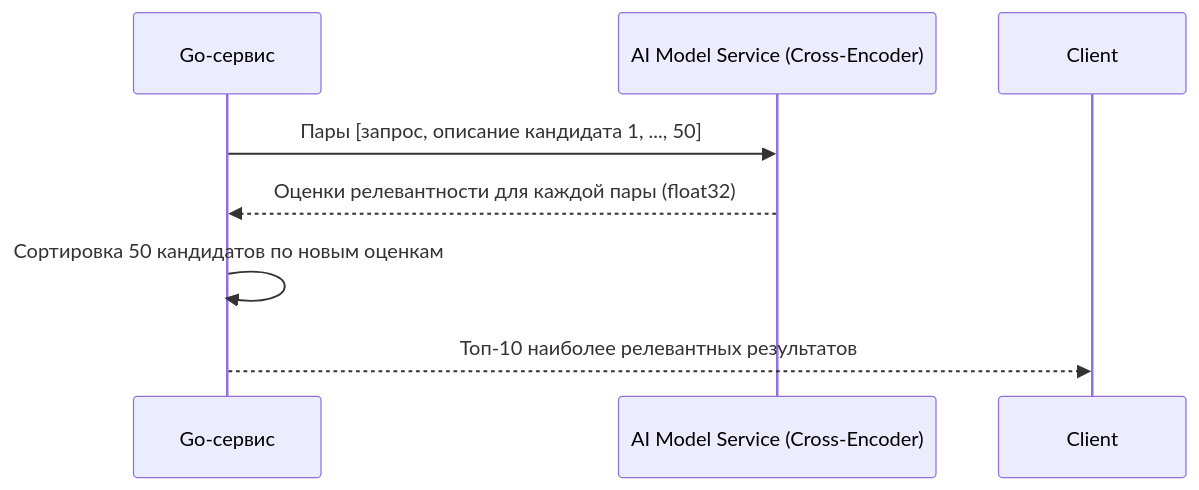
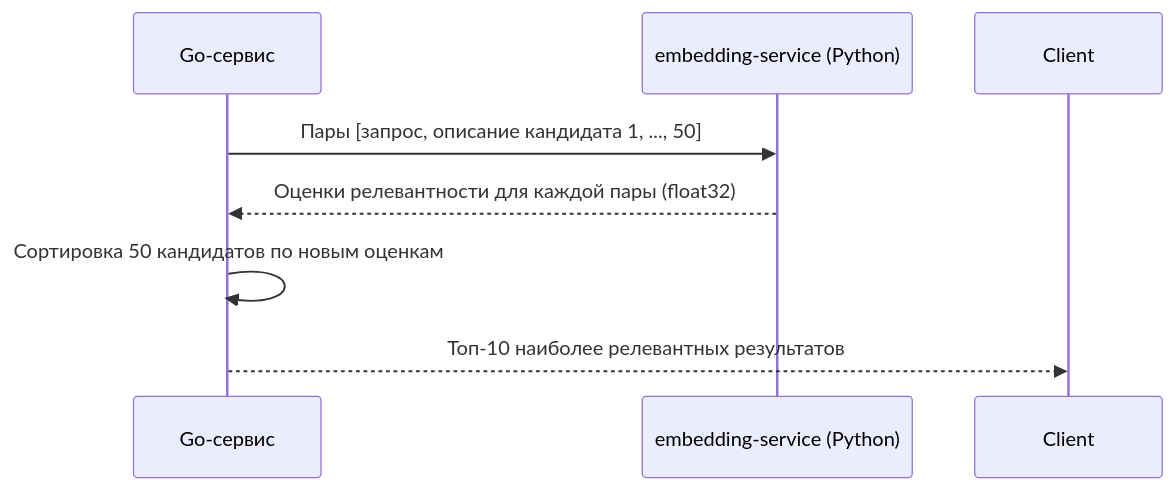
The second of 2 diagrams in doc/search_engine.md (Code0871/metrolog), drawn with Mermaid before and after one commit. The commit also changed other lines of this file, not shown here.

````diff
--- a/doc/search_engine.md
+++ b/doc/search_engine.md
@@ -83,10 +92,10 @@
 ```mermaid
 sequenceDiagram
     participant Go as Go-сервис
-    participant Reranker as AI Model Service (Cross-Encoder)
+    participant Emb as embedding-service (Python)
     
-    Go->>Reranker: Пары [запрос, описание кандидата 1, ..., 50]
-    Reranker-->>Go: Оценки релевантности для каждой пары (float32)
+    Go->>Emb: Пары [запрос, описание кандидата 1, ..., 50]
+    Emb-->>Go: Оценки релевантности для каждой пары (float32)
     Go->>Go: Сортировка 50 кандидатов по новым оценкам
     Go-->>Client: Топ-10 наиболее релевантных результатов
 ```
````
